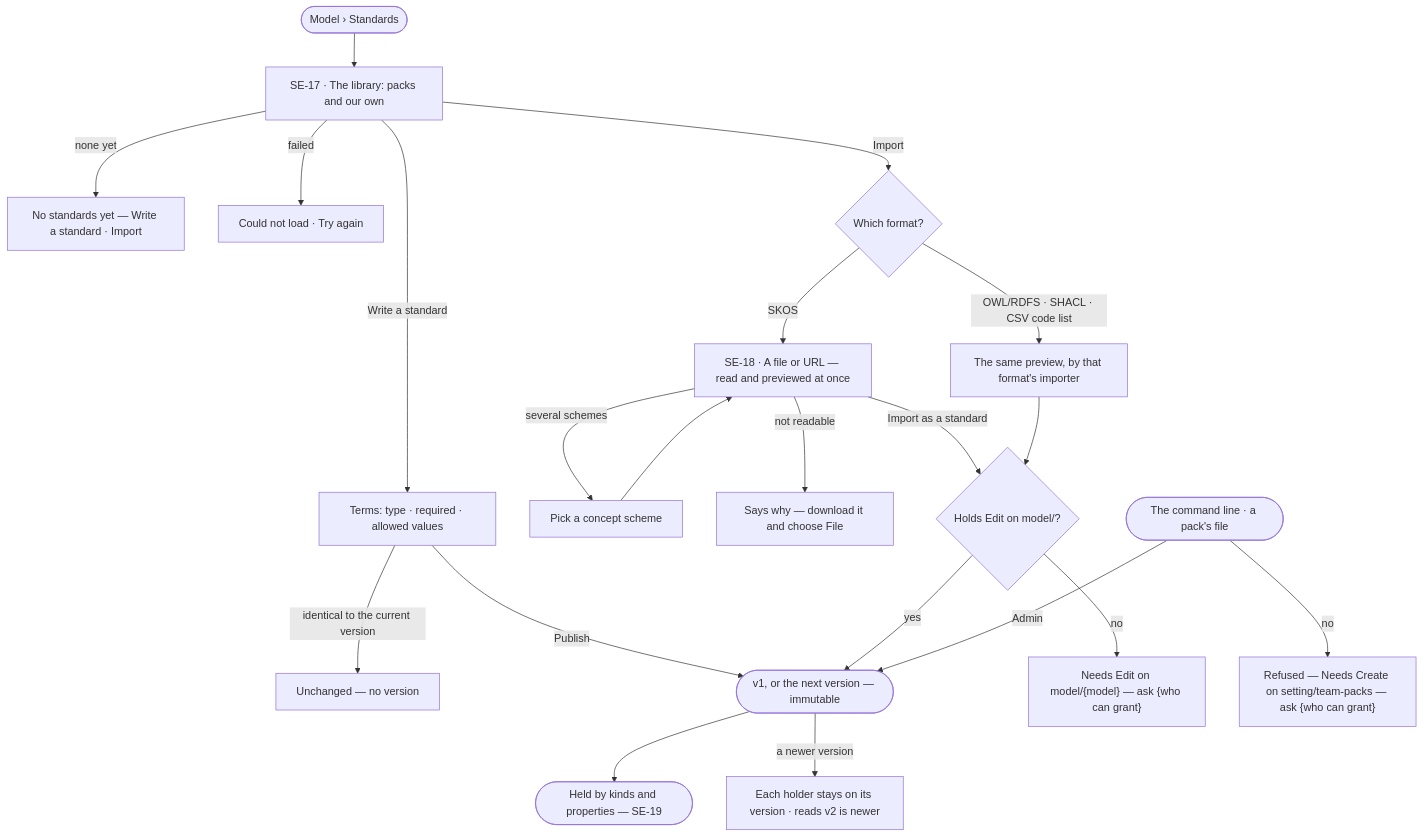
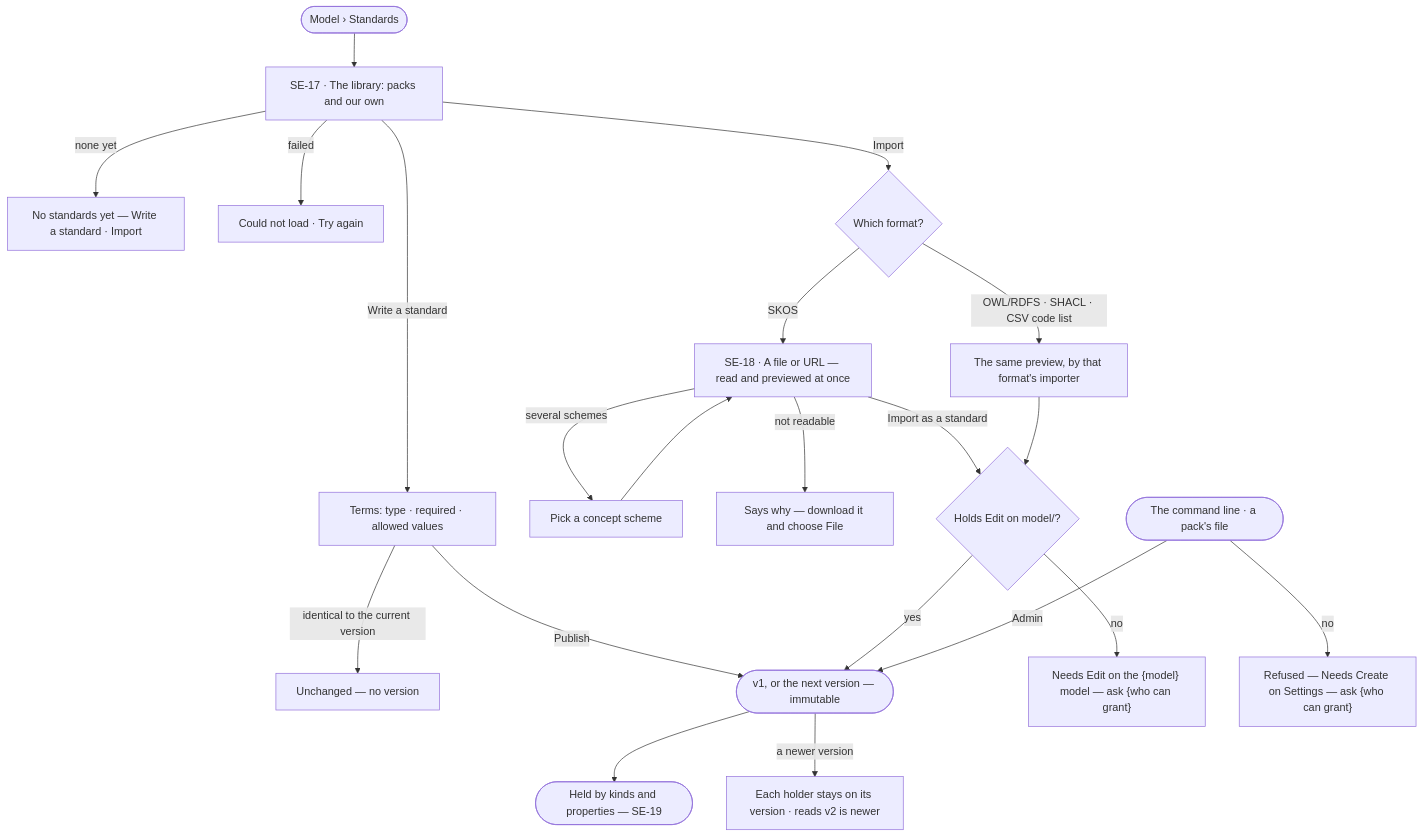
The diagram in specs/capabilities/semantics/features/SE-F05-standards/feature.md (invana/invana), drawn with Mermaid before and after one commit. The commit also changed other lines of this file and 127 other files, not shown here.

````diff
--- a/specs/capabilities/semantics/features/SE-F05-standards/feature.md
+++ b/specs/capabilities/semantics/features/SE-F05-standards/feature.md
@@ -23,22 +23,22 @@
 ```mermaid
 flowchart TD
   start([Model › Standards]) --> lib["SE-17 · The library: packs and our own"]
   lib -->|none yet| l0["No standards yet — Write a standard · Import"]
   lib -->|failed| lx["Could not load · Try again"]
   lib -->|Write a standard| w["Terms: type · required · allowed values"]
   w -->|identical to the current version| wu["Unchanged — no version"]
   w -->|Publish| sv(["v1, or the next version — immutable"])
   lib -->|Import| fmt{Which format?}
   fmt -->|SKOS| sk["SE-18 · A file or URL — read and previewed at once"]
   fmt -->|OWL/RDFS · SHACL · CSV code list| ot["The same preview, by that format's importer"]
   sk -->|several schemes| pk["Pick a concept scheme"] --> sk
   sk -->|not readable| skx["Says why — download it and choose File"]
   sk -->|Import as a standard| own{"Holds Edit on model/<model>?"}
   ot --> own
-  own -->|no| ox["Needs Edit on model/{model} — ask {who can grant}"]
+  own -->|no| ox["Needs Edit on the {model} model — ask {who can grant}"]
   own -->|yes| sv
   cli([The command line · a pack's file]) -->|Admin| sv
-  cli -->|no| px["Refused — Needs Create on setting/team-packs — ask {who can grant}"]
+  cli -->|no| px["Refused — Needs Create on Settings — ask {who can grant}"]
   sv --> held(["Held by kinds and properties — SE-19"])
   sv -->|a newer version| pin["Each holder stays on its version · reads v2 is newer"]
 ```
````
